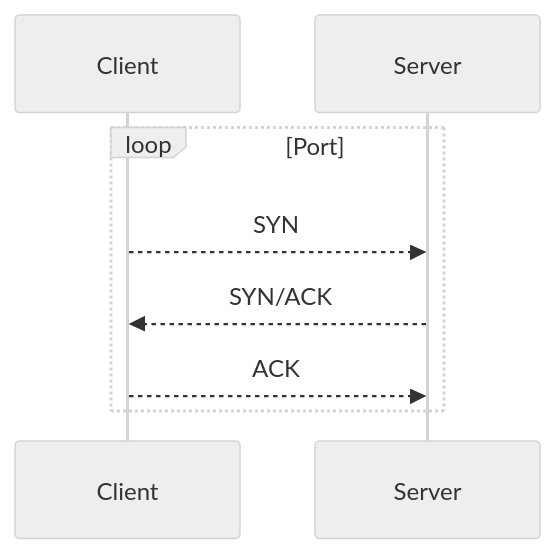
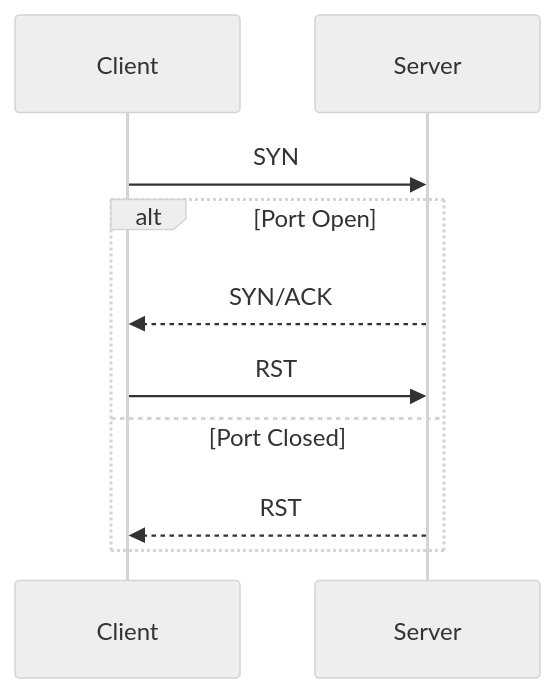
One commit to ktama/NeLST changed the second of 3 diagrams in doc/DESIGN.md. Above: the diagram before and after it, drawn with Mermaid (neutral theme). The commit also changed other lines of this file and 1 other file, not shown here.

````diff
--- a/doc/DESIGN.md
+++ b/doc/DESIGN.md
@@ -32,8 +236,12 @@
 ```mermaid
 sequenceDiagram
-    loop Port
-        Client -->> Server: SYN
-        Server -->> Client: SYN/ACK
-        Client -->> Server: ACK
+    participant C as Client
+    participant S as Server
+    C ->> S: SYN
+    alt Port Open
+        S -->> C: SYN/ACK
+        C ->> S: RST
+    else Port Closed
+        S -->> C: RST
     end
 ```
````
